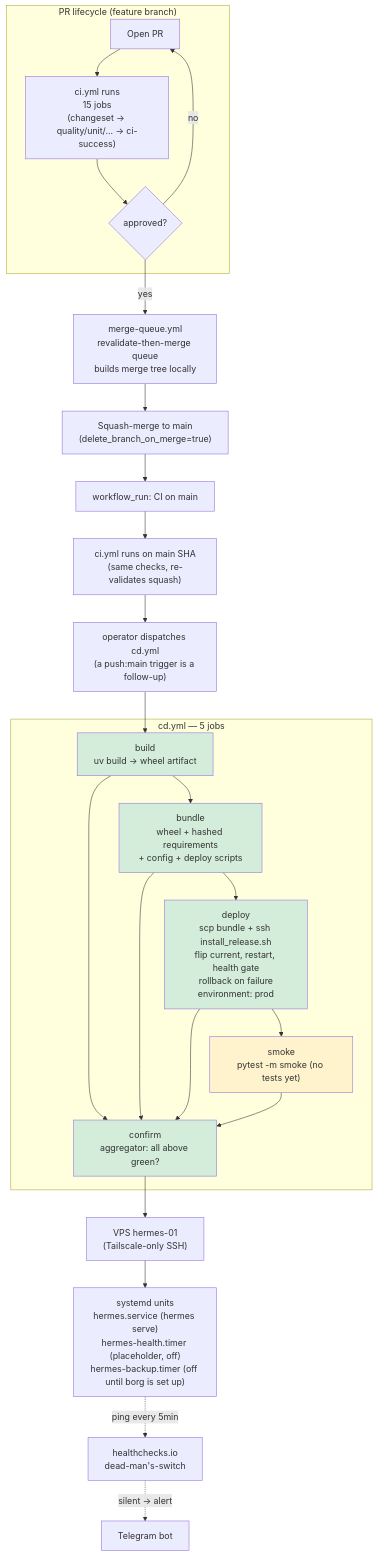
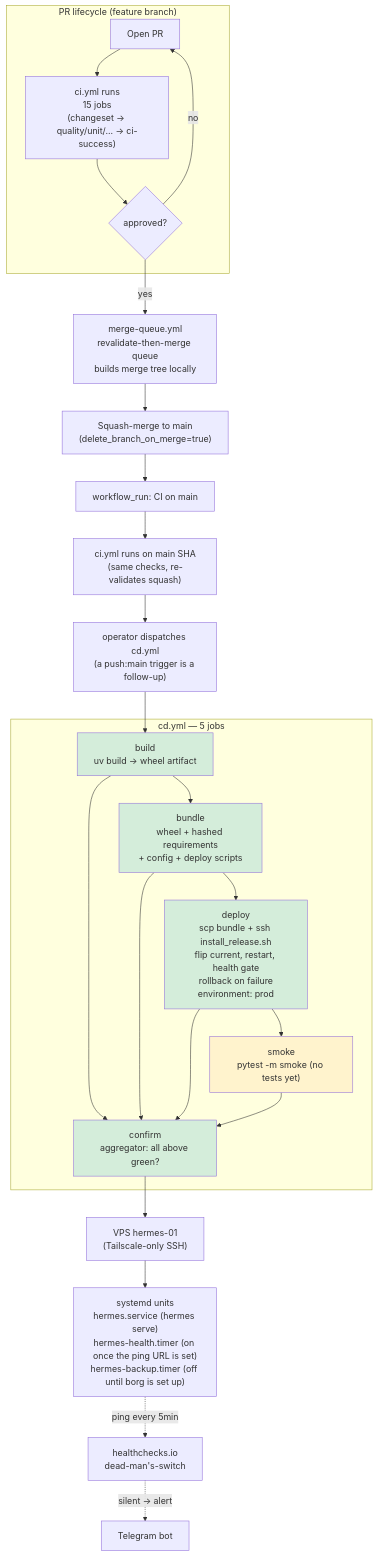
Before and after one commit to ricardoafo/hermes: the diagram in deploy/README.md, drawn with Mermaid. The commit also changed other lines of this file and 9 other files, not shown here.

````diff
--- a/deploy/README.md
+++ b/deploy/README.md
@@ -17,43 +17,43 @@
 ```mermaid
 flowchart TB
     subgraph PR["PR lifecycle (feature branch)"]
         P[Open PR]
         P --> CI["ci.yml runs<br/>15 jobs<br/>(changeset → quality/unit/... → ci-success)"]
         CI --> A{approved?}
         A -- no --> P
     end
 
     A -- yes --> Q["merge-queue.yml<br/>revalidate-then-merge queue<br/>builds merge tree locally"]
     Q --> M["Squash-merge to main<br/>(delete_branch_on_merge=true)"]
 
     M --> WR["workflow_run: CI on main"]
     WR --> CIMAIN["ci.yml runs on main SHA<br/>(same checks, re-validates squash)"]
     CIMAIN --> PMAIN["operator dispatches cd.yml<br/>(a push:main trigger is a follow-up)"]
 
     subgraph CD["cd.yml — 5 jobs"]
         B["build<br/>uv build → wheel artifact"]
         K["bundle<br/>wheel + hashed requirements<br/>+ config + deploy scripts"]
         D["deploy<br/>scp bundle + ssh install_release.sh<br/>flip current, restart, health gate<br/>rollback on failure<br/>environment: prod"]
         S["smoke<br/>pytest -m smoke (no tests yet)"]
         C["confirm<br/>aggregator: all above green?"]
         B --> K --> D --> S
         B --> C
         K --> C
         D --> C
         S --> C
     end
 
     PMAIN --> B
 
     C --> VPS["VPS hermes-01<br/>(Tailscale-only SSH)"]
-    VPS --> SD["systemd units<br/>hermes.service (hermes serve)<br/>hermes-health.timer (placeholder, off)<br/>hermes-backup.timer (off until borg is set up)"]
+    VPS --> SD["systemd units<br/>hermes.service (hermes serve)<br/>hermes-health.timer (on once the ping URL is set)<br/>hermes-backup.timer (off until borg is set up)"]
 
     SD -.->|ping every 5min| HC["healthchecks.io<br/>dead-man's-switch"]
     HC -.->|silent → alert| TG["Telegram bot"]
 
     style S fill:#fff3cd
     style B fill:#d4edda
     style K fill:#d4edda
     style D fill:#d4edda
     style C fill:#d4edda
 ```
````
